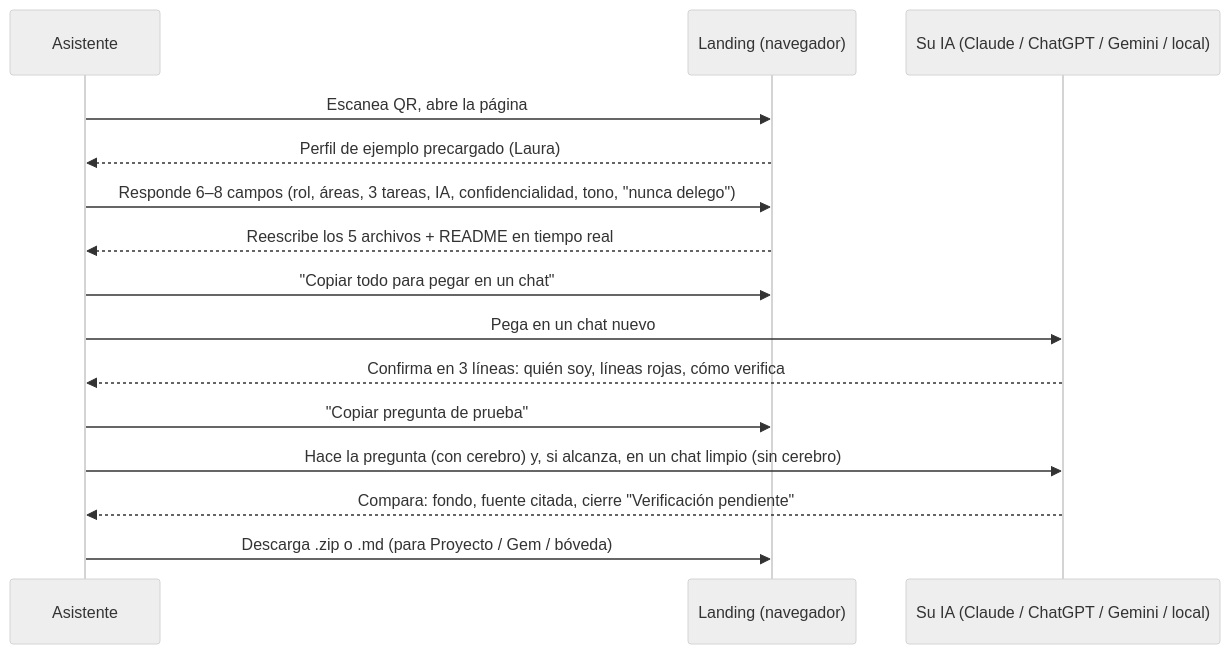
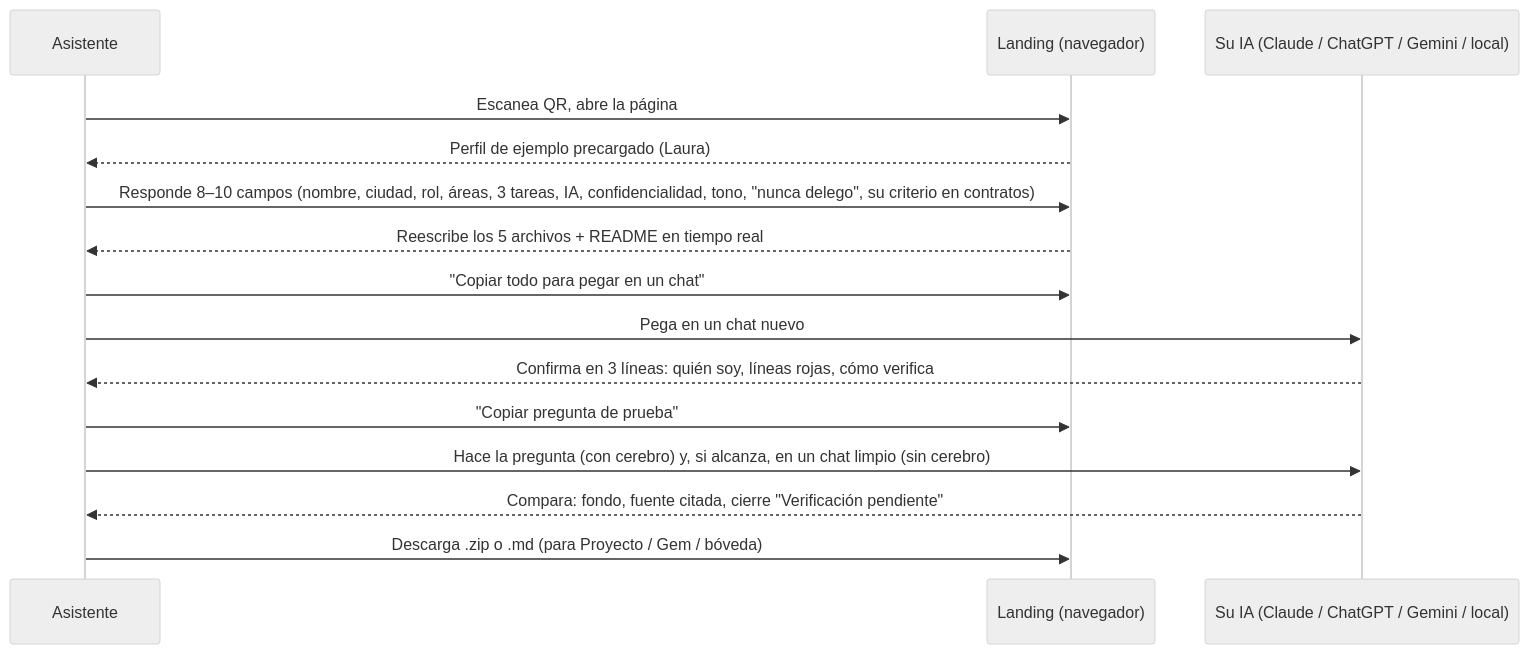
Before and after one commit to fabiing10/ia-learn: the third of 4 diagrams in x10/talleres/cerebro/plan-taller.md, drawn with Mermaid (neutral theme). The commit also changed other lines of this file and 12 other files, not shown here.

````diff
--- a/x10/talleres/cerebro/plan-taller.md
+++ b/x10/talleres/cerebro/plan-taller.md
@@ -735,17 +738,17 @@
 ```mermaid
 sequenceDiagram
     participant A as Asistente
     participant L as Landing (navegador)
     participant IA as Su IA (Claude / ChatGPT / Gemini / local)
     A->>L: Escanea QR, abre la página
     L-->>A: Perfil de ejemplo precargado (Laura)
-    A->>L: Responde 6–8 campos (rol, áreas, 3 tareas, IA, confidencialidad, tono, "nunca delego")
+    A->>L: Responde 8–10 campos (nombre, ciudad, rol, áreas, 3 tareas, IA, confidencialidad, tono, "nunca delego", su criterio en contratos)
     L-->>A: Reescribe los 5 archivos + README en tiempo real
     A->>L: "Copiar todo para pegar en un chat"
     A->>IA: Pega en un chat nuevo
     IA-->>A: Confirma en 3 líneas: quién soy, líneas rojas, cómo verifica
     A->>L: "Copiar pregunta de prueba"
     A->>IA: Hace la pregunta (con cerebro) y, si alcanza, en un chat limpio (sin cerebro)
     IA-->>A: Compara: fondo, fuente citada, cierre "Verificación pendiente"
     A->>L: Descarga .zip o .md (para Proyecto / Gem / bóveda)
 ```
````
